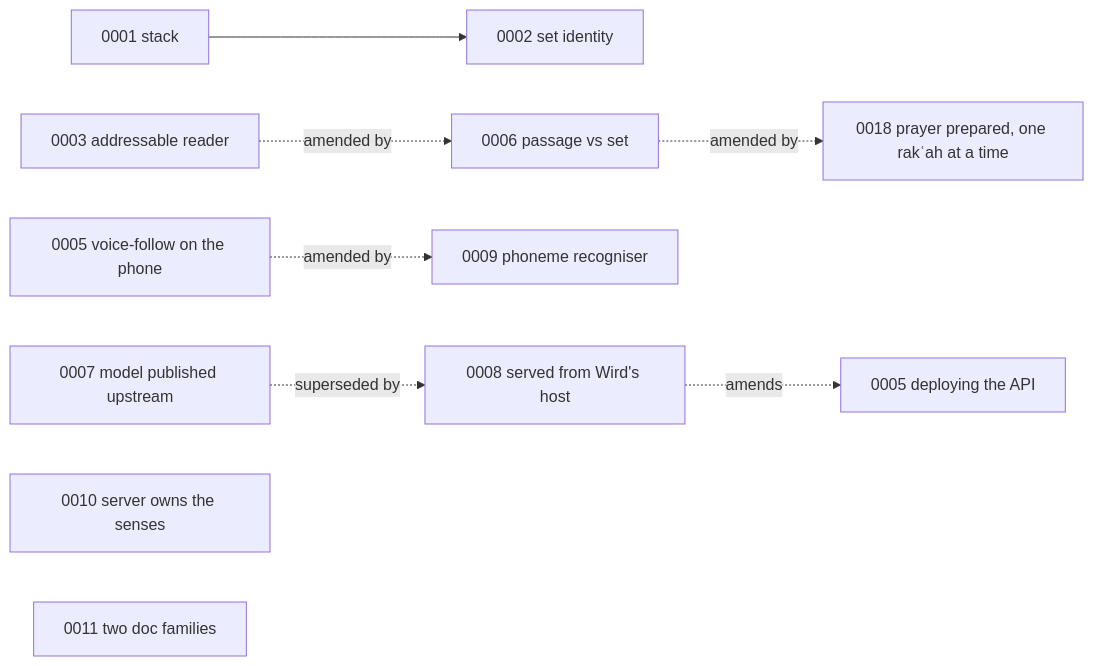
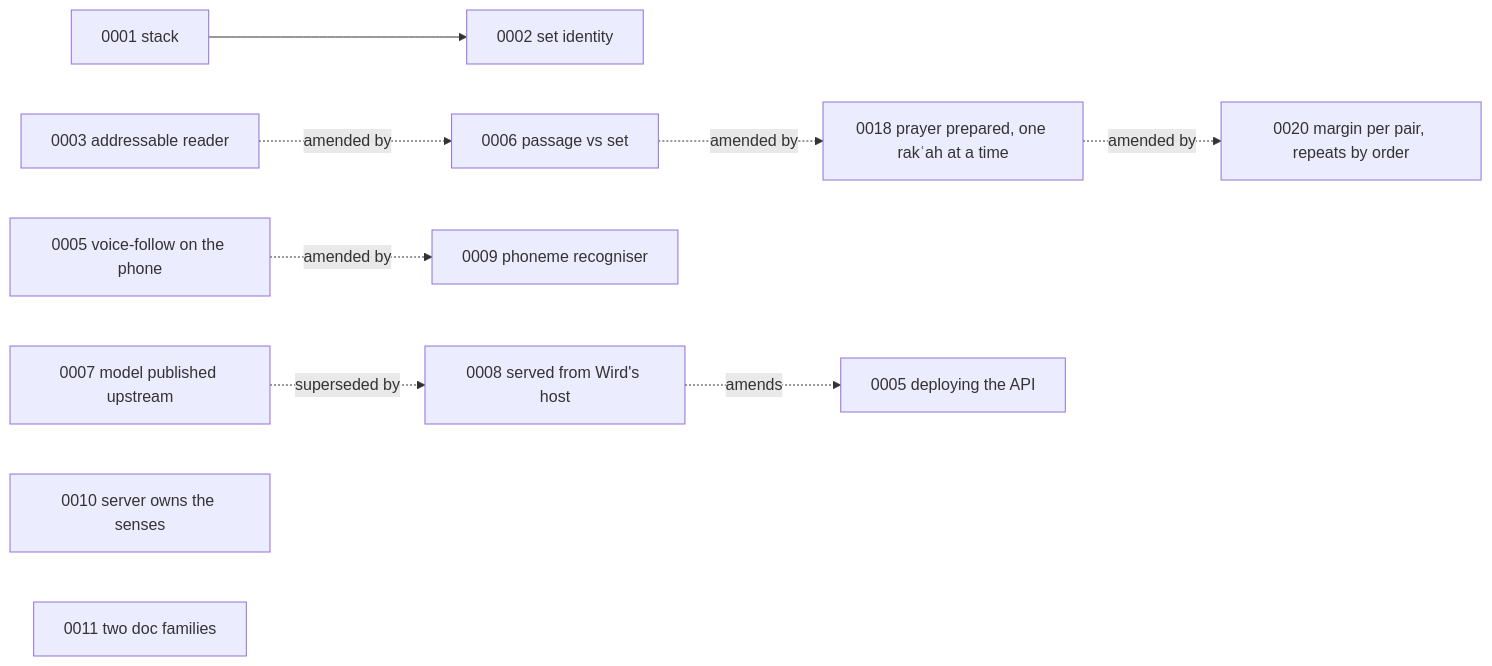
Before and after one commit to MohammadBnei/wird: the diagram in docs/adr/README.md, drawn with Mermaid. The commit also changed other lines of this file and 8 other files, not shown here.

First line of the commit message:
Document the per-pair margin and repeats settled by order: ADR 0020, voice-follow, preparation, tour

````diff
--- a/docs/adr/README.md
+++ b/docs/adr/README.md
@@ -7,11 +7,12 @@
 ```mermaid
 flowchart LR
   A1[0001 stack] --> A2[0002 set identity]
   A3[0003 addressable reader] -. amended by .-> A6[0006 passage vs set]
   A6 -. amended by .-> A18[0018 prayer prepared, one rakʿah at a time]
+  A18 -. amended by .-> A20[0020 margin per pair, repeats by order]
   A5v[0005 voice-follow on the phone] -. amended by .-> A9[0009 phoneme recogniser]
   A7[0007 model published upstream] -. superseded by .-> A8[0008 served from Wird's host]
   A8 -. amends .-> A5d[0005 deploying the API]
   A10[0010 server owns the senses]
   A11[0011 two doc families]
 ```
````
